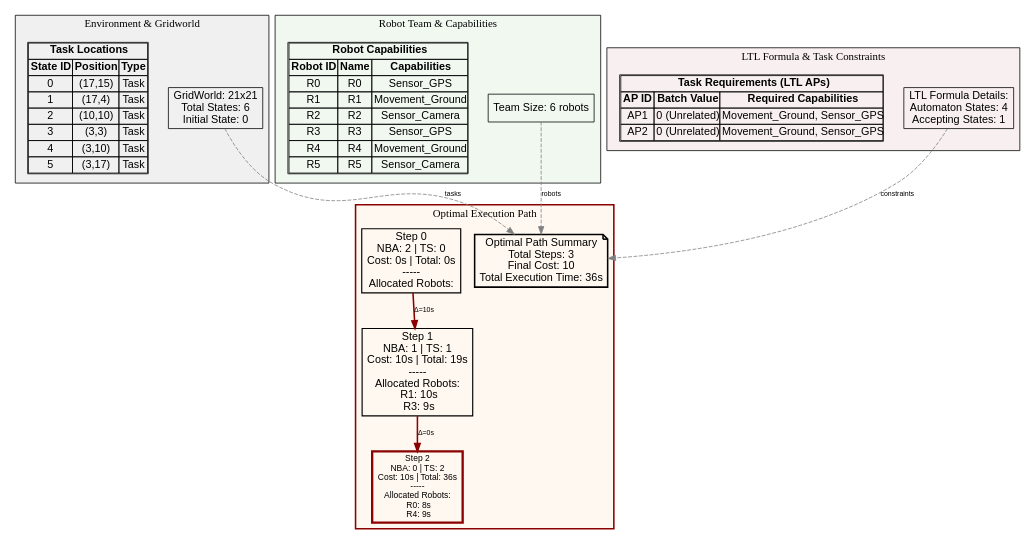
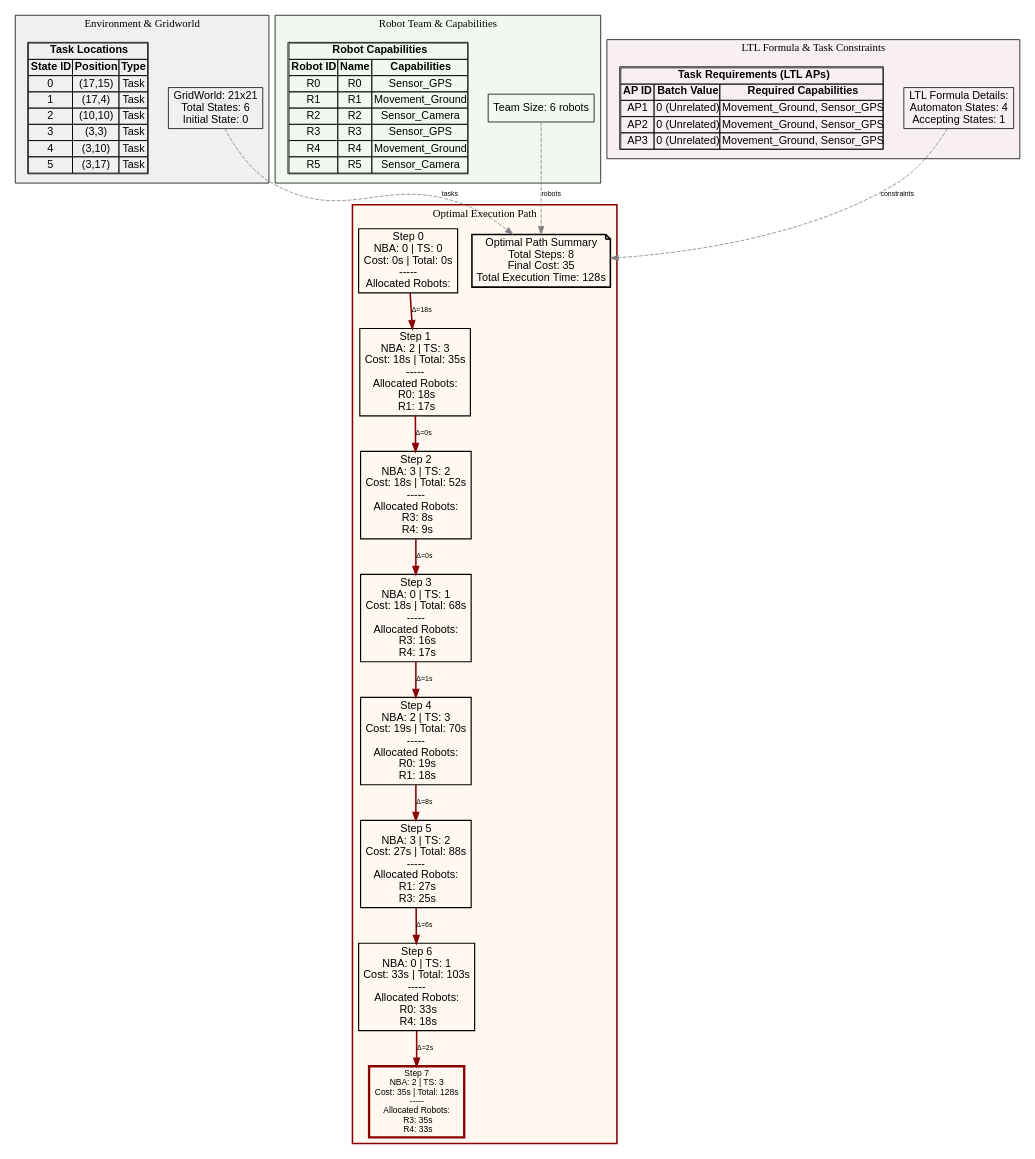
The diagram in MCTB-PDT/output/optimal_path.dot (jrourke48/HMRTA_TS_GENERATION), drawn with Graphviz before and after one commit. The commit also changed 16 other files, not shown here.

```diff
--- a/MCTB-PDT/output/optimal_path.dot
+++ b/MCTB-PDT/output/optimal_path.dot
@@ -1,91 +1,102 @@
 digraph ComprehensiveOptimalPath {
   rankdir=TB;
   concentrate=true;
   node [fontname=Arial];
   edge [fontname=Arial, fontsize=9];
 
   subgraph cluster_environment {
     label="Environment & Gridworld";
     style=filled;
     fillcolor="#F0F0F0";
     color=black;
 
     env_info [shape=box, label="GridWorld: 21x21\nTotal States: 6\nInitial State: 0\n", fillcolor="#E8F4F8"];
 
     env_tasks [shape=plaintext, label=<
       <TABLE BORDER="1" CELLBORDER="1" CELLSPACING="0">
         <TR><TD COLSPAN="3"><B>Task Locations</B></TD></TR>
         <TR><TD><B>State ID</B></TD><TD><B>Position</B></TD><TD><B>Type</B></TD></TR>
         <TR><TD>0</TD><TD>(17,15)</TD><TD>Task</TD></TR>
         <TR><TD>1</TD><TD>(17,4)</TD><TD>Task</TD></TR>
         <TR><TD>2</TD><TD>(10,10)</TD><TD>Task</TD></TR>
         <TR><TD>3</TD><TD>(3,3)</TD><TD>Task</TD></TR>
         <TR><TD>4</TD><TD>(3,10)</TD><TD>Task</TD></TR>
         <TR><TD>5</TD><TD>(3,17)</TD><TD>Task</TD></TR>
       </TABLE>
     >];
   }
 
   subgraph cluster_robots {
     label="Robot Team & Capabilities";
     style=filled;
     fillcolor="#F0F8F0";
     color=black;
 
     team_info [shape=box, label="Team Size: 6 robots\n", fillcolor="#E8F8E8"];
 
     robot_caps [shape=plaintext, label=<
       <TABLE BORDER="1" CELLBORDER="1" CELLSPACING="0">
         <TR><TD COLSPAN="3"><B>Robot Capabilities</B></TD></TR>
         <TR><TD><B>Robot ID</B></TD><TD><B>Name</B></TD><TD><B>Capabilities</B></TD></TR>
         <TR><TD>R0</TD><TD>R0</TD><TD>Sensor_GPS</TD></TR>
         <TR><TD>R1</TD><TD>R1</TD><TD>Movement_Ground</TD></TR>
         <TR><TD>R2</TD><TD>R2</TD><TD>Sensor_Camera</TD></TR>
         <TR><TD>R3</TD><TD>R3</TD><TD>Sensor_GPS</TD></TR>
         <TR><TD>R4</TD><TD>R4</TD><TD>Movement_Ground</TD></TR>
         <TR><TD>R5</TD><TD>R5</TD><TD>Sensor_Camera</TD></TR>
       </TABLE>
     >];
   }
 
   subgraph cluster_ltl {
     label="LTL Formula & Task Constraints";
     style=filled;
     fillcolor="#F8F0F0";
     color=black;
 
     ltl_info [shape=box, label="LTL Formula Details:\nAutomaton States: 4\nAccepting States: 1\n", fillcolor="#F8E8E8"];
 
     ltl_tasks [shape=plaintext, label=<
       <TABLE BORDER="1" CELLBORDER="1" CELLSPACING="0">
         <TR><TD COLSPAN="3"><B>Task Requirements (LTL APs)</B></TD></TR>
         <TR><TD><B>AP ID</B></TD><TD><B>Batch Value</B></TD><TD><B>Required Capabilities</B></TD></TR>
         <TR><TD>AP1</TD><TD>0 (Unrelated)</TD><TD>Movement_Ground, Sensor_GPS</TD></TR>
         <TR><TD>AP2</TD><TD>0 (Unrelated)</TD><TD>Movement_Ground, Sensor_GPS</TD></TR>
+        <TR><TD>AP3</TD><TD>0 (Unrelated)</TD><TD>Movement_Ground, Sensor_GPS</TD></TR>
       </TABLE>
     >];
   }
 
   subgraph cluster_path {
     label="Optimal Execution Path";
     style=filled;
     fillcolor="#FFF8F0";
     color=darkred;
     penwidth=2;
 
-    path_summary [shape=note, label="Optimal Path Summary\nTotal Steps: 3\nFinal Cost: 10\nTotal Execution Time: 36s\n", fillcolor="#FFFFCC", penwidth=2];
+    path_summary [shape=note, label="Optimal Path Summary\nTotal Steps: 8\nFinal Cost: 35\nTotal Execution Time: 128s\n", fillcolor="#FFFFCC", penwidth=2];
 
-    opt_0 [shape=box, label="Step 0\nNBA: 2 | TS: 0\nCost: 0s | Total: 0s\n-----\nAllocated Robots:\n", fillcolor="#B3E5FC", penwidth=1.5];
-    opt_1 [shape=box, label="Step 1\nNBA: 1 | TS: 1\nCost: 10s | Total: 19s\n-----\nAllocated Robots:\n  R1: 10s\n  R3: 9s\n", fillcolor="#B3E5FC", penwidth=1.5];
-    opt_2 [shape=box, label="Step 2\nNBA: 0 | TS: 2\nCost: 10s | Total: 36s\n-----\nAllocated Robots:\n  R0: 8s\n  R4: 9s\n", fillcolor="#FF6B6B", penwidth=3, color=darkred, fontweight=bold, fontsize=11];
+    opt_0 [shape=box, label="Step 0\nNBA: 0 | TS: 0\nCost: 0s | Total: 0s\n-----\nAllocated Robots:\n", fillcolor="#B3E5FC", penwidth=1.5];
+    opt_1 [shape=box, label="Step 1\nNBA: 2 | TS: 3\nCost: 18s | Total: 35s\n-----\nAllocated Robots:\n  R0: 18s\n  R1: 17s\n", fillcolor="#B3E5FC", penwidth=1.5];
+    opt_2 [shape=box, label="Step 2\nNBA: 3 | TS: 2\nCost: 18s | Total: 52s\n-----\nAllocated Robots:\n  R3: 8s\n  R4: 9s\n", fillcolor="#B3E5FC", penwidth=1.5];
+    opt_3 [shape=box, label="Step 3\nNBA: 0 | TS: 1\nCost: 18s | Total: 68s\n-----\nAllocated Robots:\n  R3: 16s\n  R4: 17s\n", fillcolor="#B3E5FC", penwidth=1.5];
+    opt_4 [shape=box, label="Step 4\nNBA: 2 | TS: 3\nCost: 19s | Total: 70s\n-----\nAllocated Robots:\n  R0: 19s\n  R1: 18s\n", fillcolor="#B3E5FC", penwidth=1.5];
+    opt_5 [shape=box, label="Step 5\nNBA: 3 | TS: 2\nCost: 27s | Total: 88s\n-----\nAllocated Robots:\n  R1: 27s\n  R3: 25s\n", fillcolor="#B3E5FC", penwidth=1.5];
+    opt_6 [shape=box, label="Step 6\nNBA: 0 | TS: 1\nCost: 33s | Total: 103s\n-----\nAllocated Robots:\n  R0: 33s\n  R4: 18s\n", fillcolor="#B3E5FC", penwidth=1.5];
+    opt_7 [shape=box, label="Step 7\nNBA: 2 | TS: 3\nCost: 35s | Total: 128s\n-----\nAllocated Robots:\n  R3: 35s\n  R4: 33s\n", fillcolor="#FF6B6B", penwidth=3, color=darkred, fontweight=bold, fontsize=11];
 
-    opt_0 -> opt_1 [label="Δ=10s", penwidth=2, color=darkred];
+    opt_0 -> opt_1 [label="Δ=18s", penwidth=2, color=darkred];
     opt_1 -> opt_2 [label="Δ=0s", penwidth=2, color=darkred];
+    opt_2 -> opt_3 [label="Δ=0s", penwidth=2, color=darkred];
+    opt_3 -> opt_4 [label="Δ=1s", penwidth=2, color=darkred];
+    opt_4 -> opt_5 [label="Δ=8s", penwidth=2, color=darkred];
+    opt_5 -> opt_6 [label="Δ=6s", penwidth=2, color=darkred];
+    opt_6 -> opt_7 [label="Δ=2s", penwidth=2, color=darkred];
   }
 
   // Connections between clusters
   env_info -> path_summary [style=dashed, color=gray, label="tasks"];
   team_info -> path_summary [style=dashed, color=gray, label="robots"];
   ltl_info -> path_summary [style=dashed, color=gray, label="constraints"];
 
 }
```
